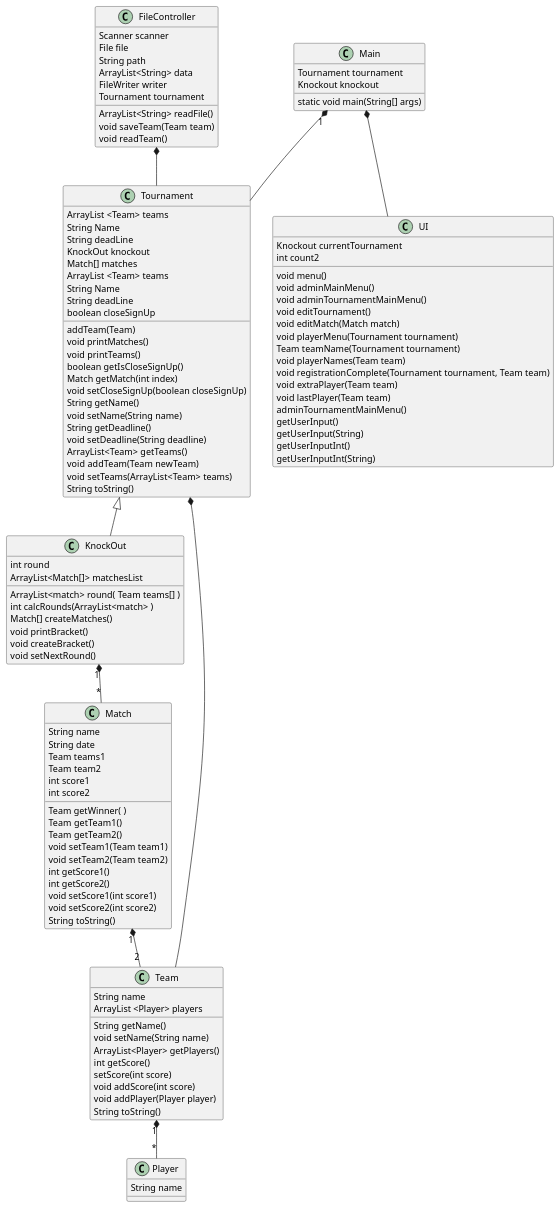
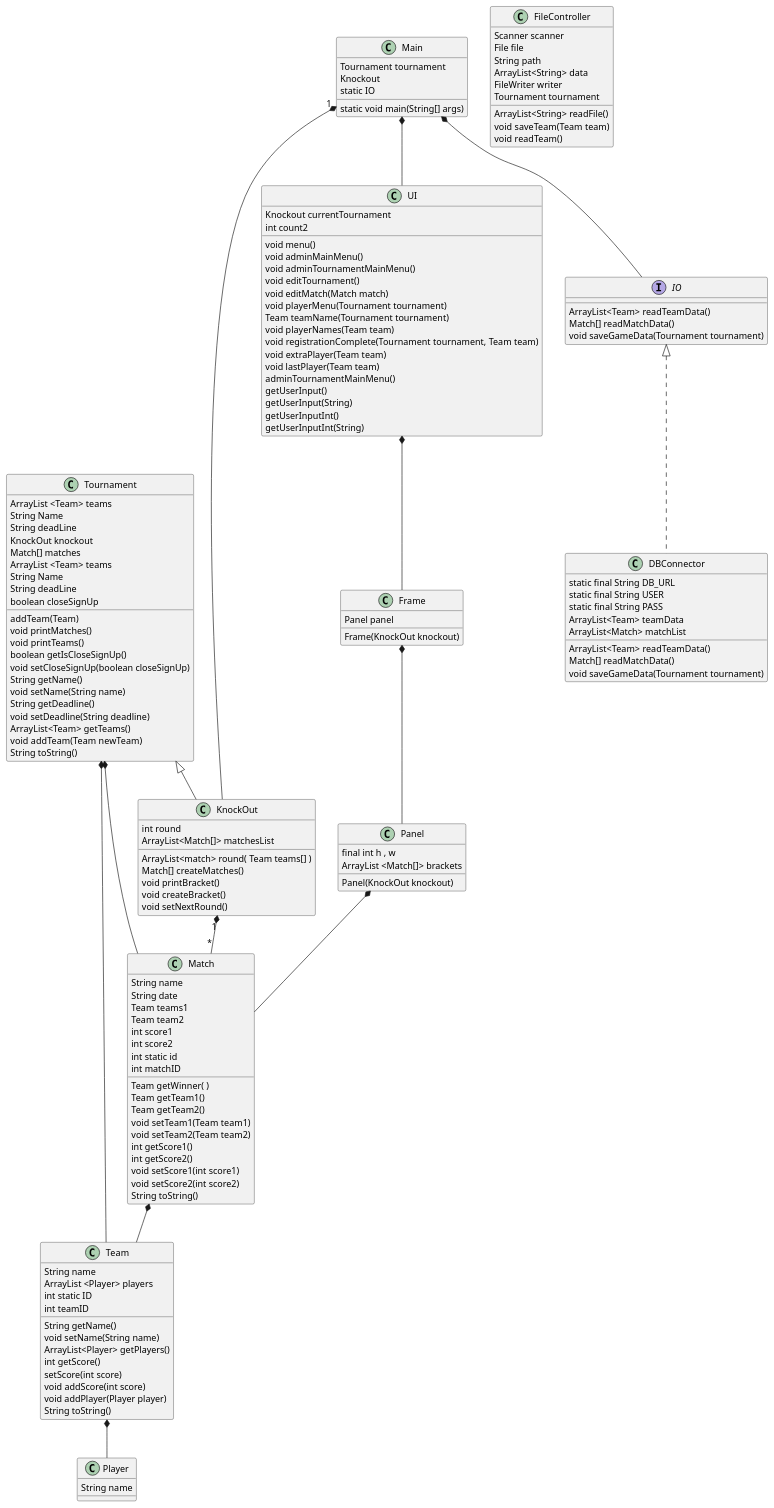
One commit to krisdanoda/Sp3-bordfodboldturnering changed the diagram in PlantUML/ClassDiagram.puml. Above: the diagram before and after it, drawn with PlantUML. The commit also changed 11 other files, not shown here.

```diff
--- a/PlantUML/ClassDiagram.puml
+++ b/PlantUML/ClassDiagram.puml
@@ -1,137 +1,171 @@
 @startuml
 'https://plantuml.com/class-diagram
 
 
 class Tournament
 'class Foosball
 'class GroupTournament
 class KnockOut
 class Player
 class Match
 class Team
 class UI
+interface IO
+class Panel
+class Frame
+class DBConnector
 
 
-
-Main "1" *-- Tournament
+Main "1" *-- KnockOut
 Tournament <|-- KnockOut
 Tournament *-- Team
+
+Main *-- IO
+IO<|.. DBConnector
+UI *--Frame
+Frame*--Panel
 'Tournament <-- Foosball
 'Foosball <|-- KnockOut
 'Foosball <|-- GroupTournament
 
 'GroupTournament *-- Match
 
 
 Tournament : ArrayList <Team> teams
 Tournament : String Name
 Tournament : String deadLine
 Tournament : KnockOut knockout
 Tournament : addTeam(Team)
 
 KnockOut : ArrayList<match> round( Team teams[] )
 KnockOut : int round
-KnockOut : int calcRounds(ArrayList<match> )
 
 KnockOut "1" *-- "*" Match
+Tournament *-- Match
 'GroupTournament *-- Match
 
-FileController *-- Tournament
+'FileController *-- Tournament
 Main *-- UI
 
 
-Match "1" *-- "2" Team
-Team "1" *-- "*" Player
+Match  *--  Team
+Team   *--  Player
+Panel *-- Match
+
 
 UI : Knockout currentTournament
 UI : int count2
 UI : void menu()
 UI : void adminMainMenu()
 UI : void adminTournamentMainMenu()
 UI : void editTournament()
 UI : void editMatch(Match match)
 UI : void playerMenu(Tournament tournament)
 UI : Team teamName(Tournament tournament)
 UI : void playerNames(Team team)
 UI : void registrationComplete(Tournament tournament, Team team)
 UI : void extraPlayer(Team team)
 UI : void lastPlayer(Team team)
 
 FileController : Scanner scanner
 FileController : File file
 FileController : String path
 FileController : ArrayList<String> data
 FileController : FileWriter writer
 FileController : Tournament tournament
 FileController : ArrayList<String> readFile()
 FileController : void saveTeam(Team team)
 FileController : void readTeam()
 
 Main : Tournament tournament
-Main : Knockout knockout
+Main : Knockout
+Main : static IO
 Main : static void main(String[] args)
 
 Tournament : Match[] matches
 Tournament : ArrayList <Team> teams
 Tournament : String Name
 Tournament : String deadLine
 Tournament : boolean closeSignUp
 Tournament : void printMatches()
 Tournament : void printTeams()
 Tournament : boolean getIsCloseSignUp()
-Tournament : Match getMatch(int index)
 Tournament : void setCloseSignUp(boolean closeSignUp)
 Tournament : String getName()
 Tournament : void setName(String name)
 Tournament : String getDeadline()
 Tournament : void setDeadline(String deadline)
 Tournament : ArrayList<Team> getTeams()
 Tournament : void addTeam(Team newTeam)
-Tournament : void setTeams(ArrayList<Team> teams)
 Tournament : String toString()
 
 KnockOut : ArrayList<Match[]> matchesList
 KnockOut : Match[] createMatches()
 KnockOut : void printBracket()
 KnockOut : void createBracket()
 KnockOut : void setNextRound()
 
 'Team array maybe?
 Match : String name
 Match : String date
 Match : Team teams1
 Match : Team team2
 Match : int score1
 Match : int score2
+Match : int static id
+Match : int matchID
 
 Match : Team getWinner( )
 Match : Team getTeam1()
 Match : Team getTeam2()
 Match : void setTeam1(Team team1)
 Match : void setTeam2(Team team2)
 Match : int getScore1()
 Match : int getScore2()
 Match : void setScore1(int score1)
 Match : void setScore2(int score2)
 Match : String toString()
 
 Team : String name
 Team : ArrayList <Player> players
 Team : String getName()
 Team : void setName(String name)
 Team : ArrayList<Player> getPlayers()
 Team : int getScore()
 Team : setScore(int score)
 Team : void addScore(int score)
 Team : void addPlayer(Player player)
 Team : String toString()
+Team : int static ID
+Team : int teamID
 
 Player : String name
+
+Frame : Panel panel
+Frame : Frame(KnockOut knockout)
+
+Panel : Panel(KnockOut knockout)
+Panel : final int h , w
+Panel : ArrayList <Match[]> brackets
 
 UI : adminTournamentMainMenu()
 UI : getUserInput()
 UI : getUserInput(String)
 UI : getUserInputInt()
 UI : getUserInputInt(String)
 
+IO : ArrayList<Team> readTeamData()
+IO : Match[] readMatchData()
+IO : void saveGameData(Tournament tournament)
+
+DBConnector : static final String DB_URL
+DBConnector : static final String USER
+DBConnector : static final String PASS
+DBConnector : ArrayList<Team> teamData
+DBConnector : ArrayList<Match> matchList
+
+DBConnector : ArrayList<Team> readTeamData()
+DBConnector : Match[] readMatchData()
+DBConnector : void saveGameData(Tournament tournament)
+
 @enduml
```
